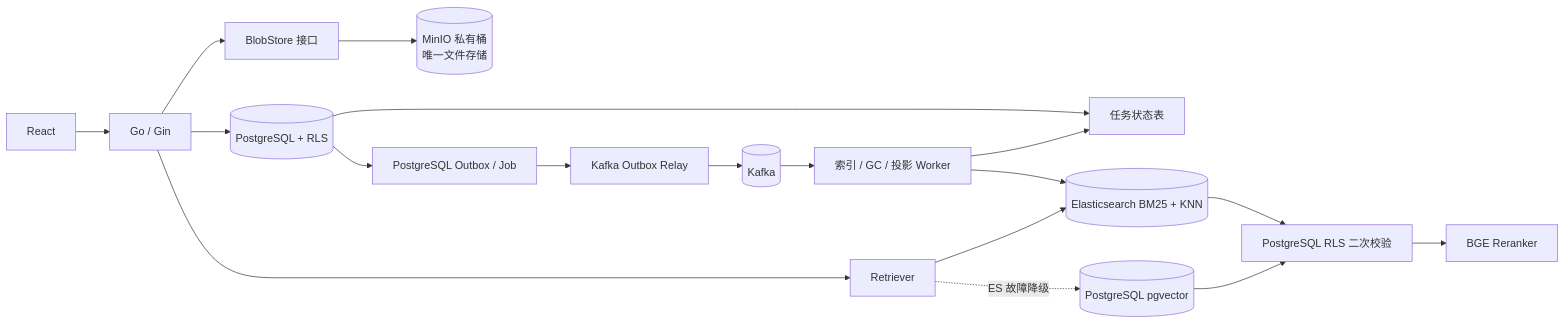
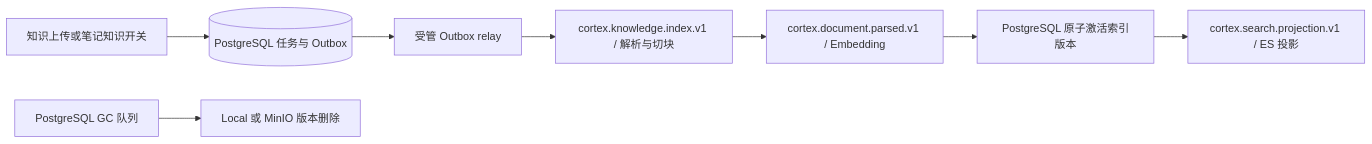
One commit to Diving-Di/Cortex changed the diagram in docs/INFRASTRUCTURE_EVOLUTION.md. Above: the diagram before and after it, drawn with Mermaid. The commit also changed other lines of this file and 36 other files, not shown here.

````diff
--- a/docs/INFRASTRUCTURE_EVOLUTION.md
+++ b/docs/INFRASTRUCTURE_EVOLUTION.md
@@ -30,22 +44,10 @@
 ```mermaid
 flowchart LR
-    UI[React] --> API[Go / Gin]
-    API --> PG[(PostgreSQL + RLS)]
-    API --> BS[BlobStore 接口]
-    BS --> MINIO[(MinIO 私有桶<br/>唯一文件存储)]
-
-    PG --> OUTBOX[PostgreSQL Outbox / Job]
-    PG --> JOBS[任务状态表]
-    OUTBOX --> RELAY[Kafka Outbox Relay]
-    RELAY --> KAFKA[(Kafka)]
-    KAFKA --> WORKER[索引 / GC / 投影 Worker]
-    WORKER --> JOBS
-
-    WORKER --> ES[(Elasticsearch BM25 + KNN)]
-    API --> RETRIEVE[Retriever]
-    RETRIEVE --> ES
-    RETRIEVE -. ES 故障降级 .-> PGV[(PostgreSQL pgvector)]
-    ES --> VALIDATE[PostgreSQL RLS 二次校验]
-    PGV --> VALIDATE
-    VALIDATE --> RERANK[BGE Reranker]
+    HTTP[知识上传或笔记知识开关] --> PG[(PostgreSQL 任务与 Outbox)]
+    PG --> Relay[受管 Outbox relay]
+    Relay --> Parse[cortex.knowledge.index.v1 / 解析与切块]
+    Parse --> Embed[cortex.document.parsed.v1 / Embedding]
+    Embed --> Active[PostgreSQL 原子激活索引版本]
+    Active --> Project[cortex.search.projection.v1 / ES 投影]
+    GC[PostgreSQL GC 队列] --> Blob[Local 或 MinIO 版本删除]
 ```
````
